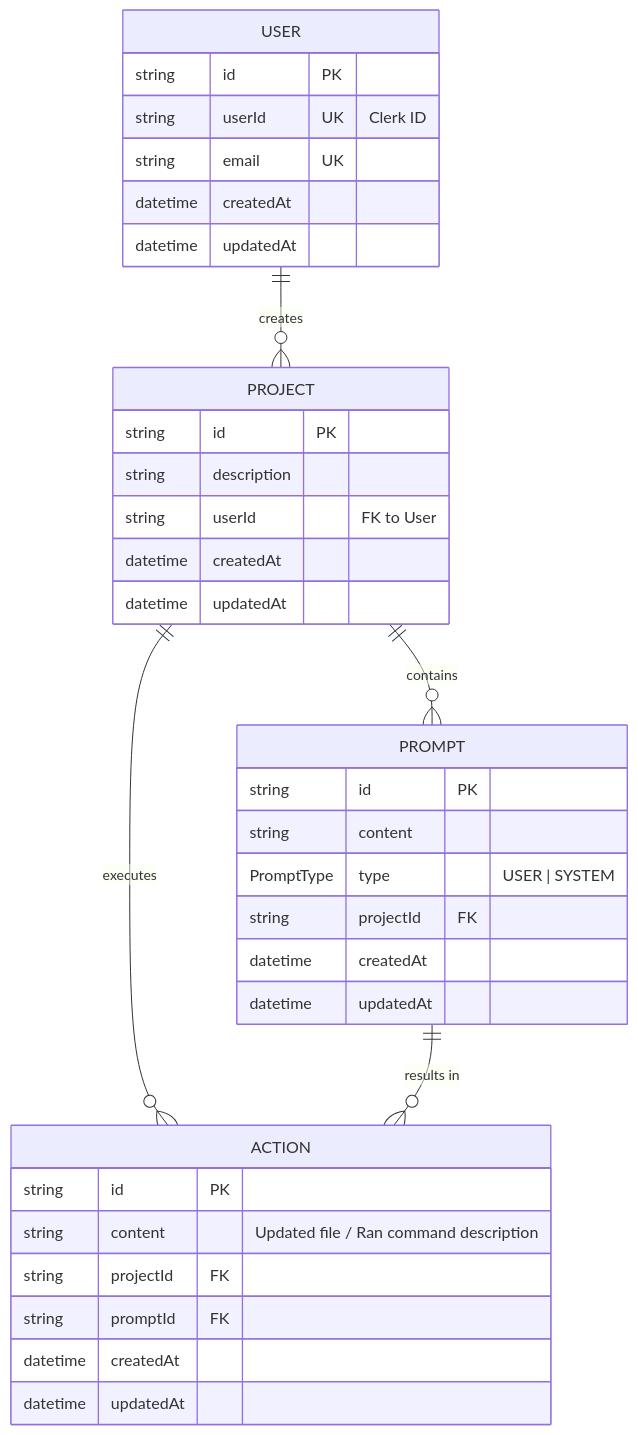
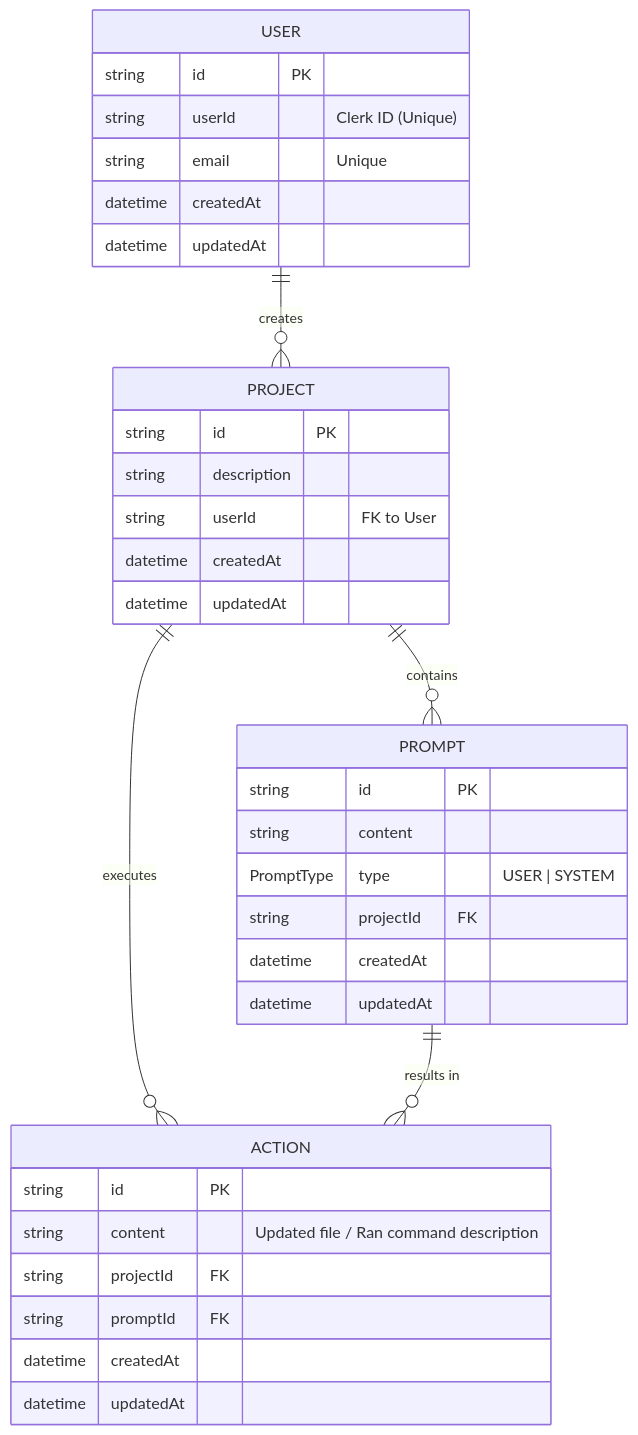
One commit to VinitKumar01/bolt-for-mobile-apps changed the third of 3 diagrams in ARCHITECTURE.md. Above: the diagram before and after it, drawn with Mermaid. The commit also changed other lines of this file and 12 other files, not shown here.

Commit message:
updated project architecture

````diff
--- a/ARCHITECTURE.md
+++ b/ARCHITECTURE.md
@@ -209,38 +212,38 @@
 ```mermaid
 erDiagram
     USER {
         string id PK
-        string userId UK "Clerk ID"
-        string email UK
+        string userId "Clerk ID (Unique)"
+        string email "Unique"
         datetime createdAt
         datetime updatedAt
     }
     PROJECT {
         string id PK
         string description
         string userId "FK to User"
         datetime createdAt
         datetime updatedAt
     }
     PROMPT {
         string id PK
         string content
         PromptType type "USER | SYSTEM"
         string projectId FK
         datetime createdAt
         datetime updatedAt
     }
     ACTION {
         string id PK
         string content "Updated file / Ran command description"
         string projectId FK
         string promptId FK
         datetime createdAt
         datetime updatedAt
     }
 
     USER ||--o{ PROJECT : "creates"
     PROJECT ||--o{ PROMPT : "contains"
     PROJECT ||--o{ ACTION : "executes"
     PROMPT ||--o{ ACTION : "results in"
 ```
````
